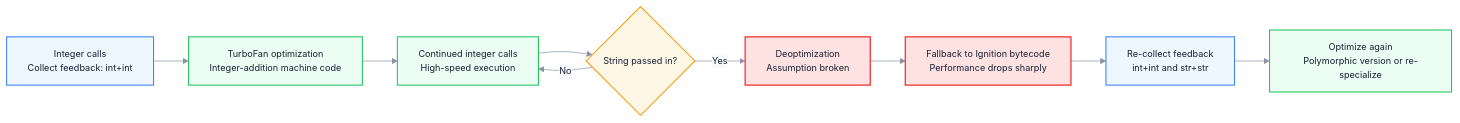
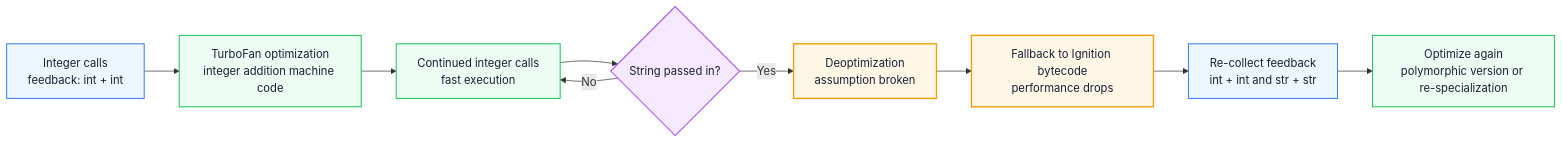
The second of 4 diagrams in docs/en/javascript/v8-jit-gc.md (Fatejian/frontier-vault), drawn with Mermaid before and after one commit. The commit also changed other lines of this file and 41 other files, not shown here.

````diff
--- a/docs/en/javascript/v8-jit-gc.md
+++ b/docs/en/javascript/v8-jit-gc.md
@@ -152,21 +141,20 @@
 ```mermaid
-%%{init: {'theme': 'base', 'themeVariables': { 'fontFamily': 'Inter, PingFang SC, Microsoft YaHei, sans-serif', 'primaryColor': '#EEF6FF', 'primaryTextColor': '#172033', 'primaryBorderColor': '#6EA8FE', 'lineColor': '#8A94A6', 'secondaryColor': '#F7F9FC', 'tertiaryColor': '#FFF7E6', 'fontSize': '13px'}}}%%
 flowchart LR
-    A["Integer calls<br/>Collect feedback: int+int"] --> B["TurboFan optimization<br/>Integer-addition machine code"]
-    B --> C["Continued integer calls<br/>High-speed execution"]
-    C --> D{String passed in?}
-    D -- Yes --> E["Deoptimization<br/>Assumption broken"]
-    E --> F["Fallback to Ignition bytecode<br/>Performance drops sharply"]
-    F --> G["Re-collect feedback<br/>int+int and str+str"]
-    G --> H["Optimize again<br/>Polymorphic version or re-specialize"]
-    D -- No --> C
+    A["Integer calls<br/>feedback: int + int"] --> B["TurboFan optimization<br/>integer addition machine code"]
+    B --> C["Continued integer calls<br/>fast execution"]
+    C --> D{"String passed in?"}
+    D -- "Yes" --> E["Deoptimization<br/>assumption broken"]
+    E --> F["Fallback to Ignition bytecode<br/>performance drops"]
+    F --> G["Re-collect feedback<br/>int + int and str + str"]
+    G --> H["Optimize again<br/>polymorphic version or re-specialization"]
+    D -- "No" --> C
 
-    classDef collect fill:#EEF6FF,stroke:#3B82F6,color:#172033,stroke-width:1.5px;
-    classDef opt fill:#ECFDF3,stroke:#22C55E,color:#172033,stroke-width:1.5px;
-    classDef deopt fill:#FEE2E2,stroke:#EF4444,color:#172033,stroke-width:2px;
-    classDef decide fill:#FFF7E6,stroke:#F59E0B,color:#172033,stroke-width:1.5px;
-    class A,G collect;
-    class B,C,H opt;
-    class E,F deopt;
-    class D decide;
+    classDef wait fill:#EEF6FF,stroke:#3B82F6,color:#172033,stroke-width:1.5px;
+    classDef work fill:#ECFDF3,stroke:#22C55E,color:#172033,stroke-width:1.5px;
+    classDef block fill:#FFF7E6,stroke:#F59E0B,color:#172033,stroke-width:2px;
+    classDef metric fill:#F5E8FF,stroke:#A855F7,color:#172033,stroke-width:1.5px;
+    class A,G wait;
+    class B,C,H work;
+    class E,F block;
+    class D metric;
 ```
````
